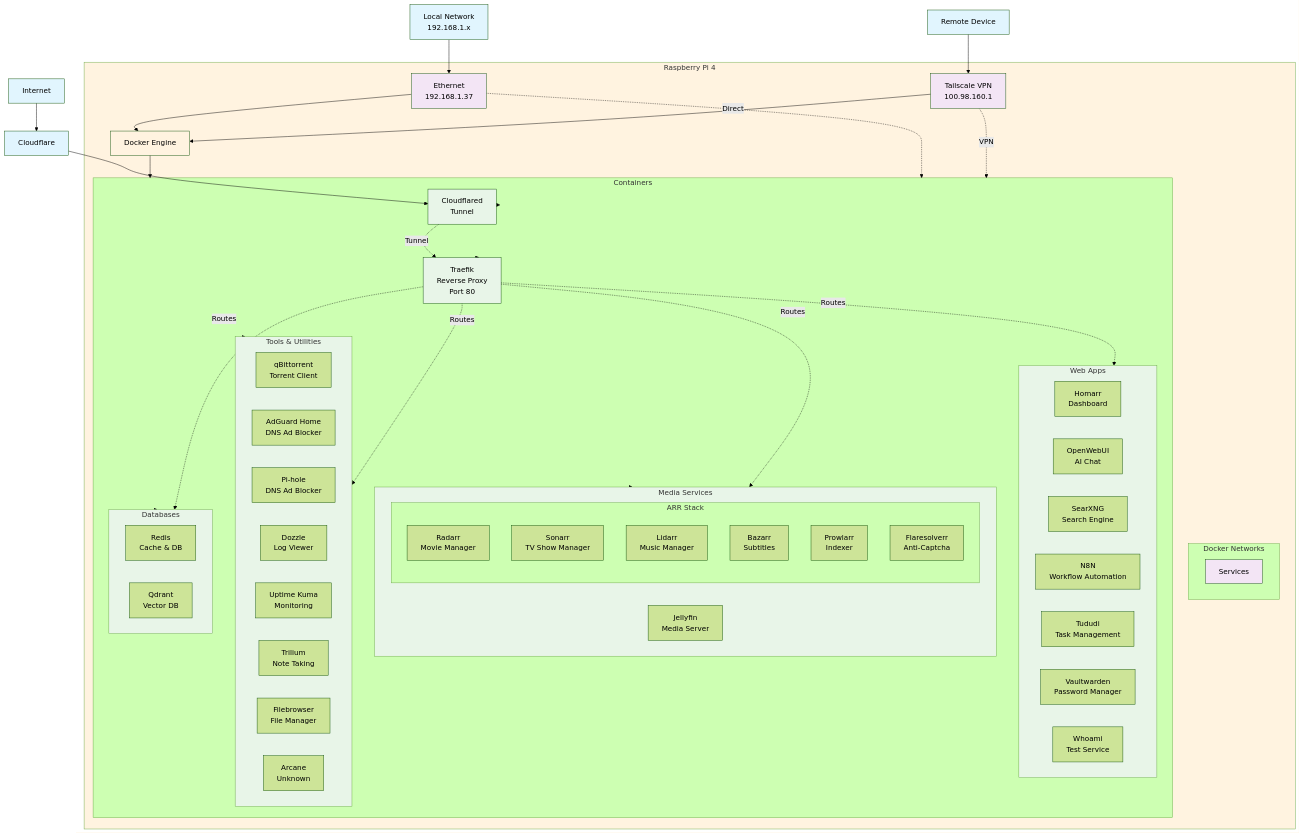
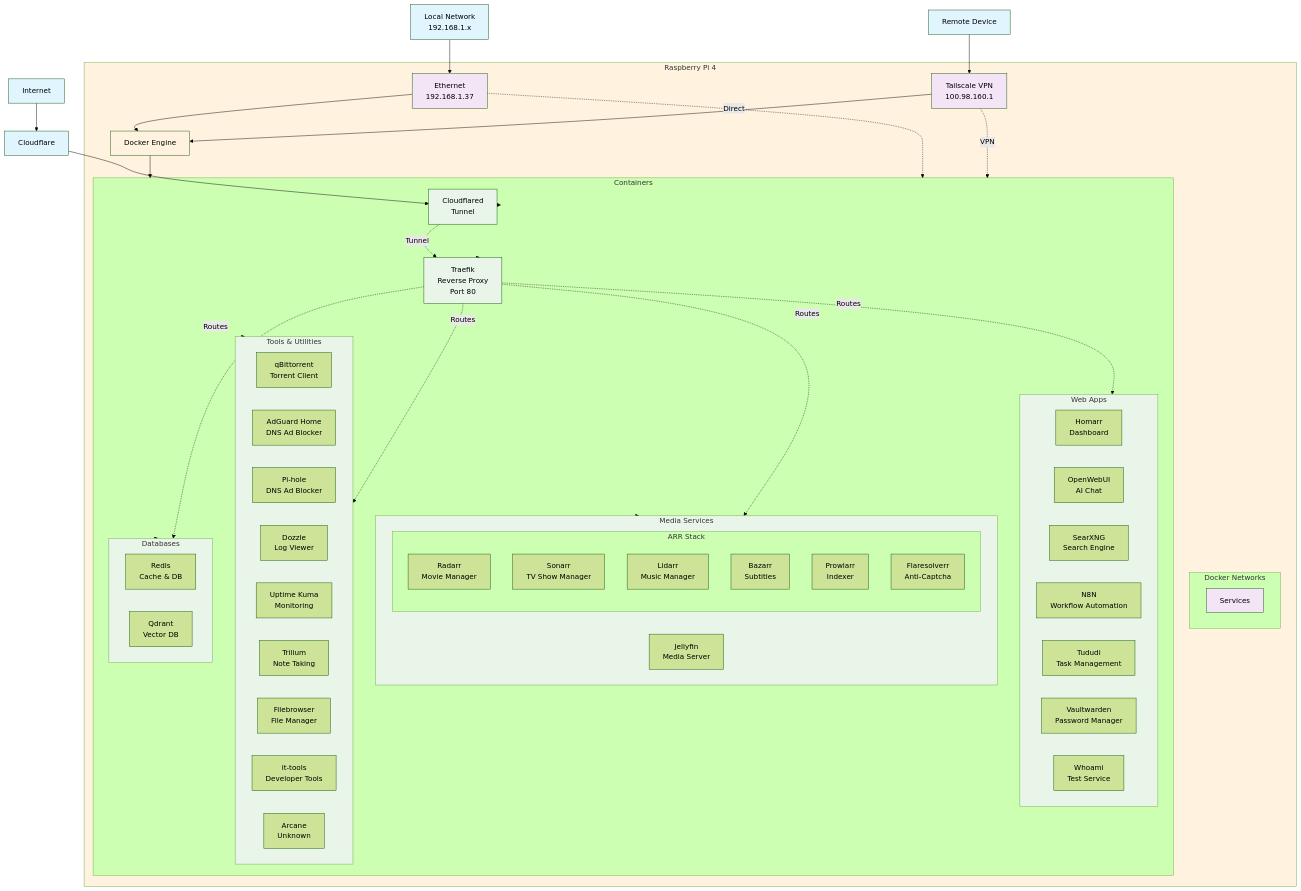
One commit to EndoTheDev/PersonalSelfhostedDockerStack changed the diagram in ARCHITECTURE.md. Above: the diagram before and after it, drawn with Mermaid (forest theme). The commit also changed other lines of this file and 3 other files, not shown here.

```diff
--- a/ARCHITECTURE.md
+++ b/ARCHITECTURE.md
@@ -54,6 +54,7 @@
                 UptimeKuma[Uptime Kuma<br/>Monitoring]
                 Trilium[Trilium<br/>Note Taking]
                 Filebrowser[Filebrowser<br/>File Manager]
+                it-tools[it-tools<br/>Developer Tools]
                 Arcane[Arcane<br/>Unknown]
             end
 
```
